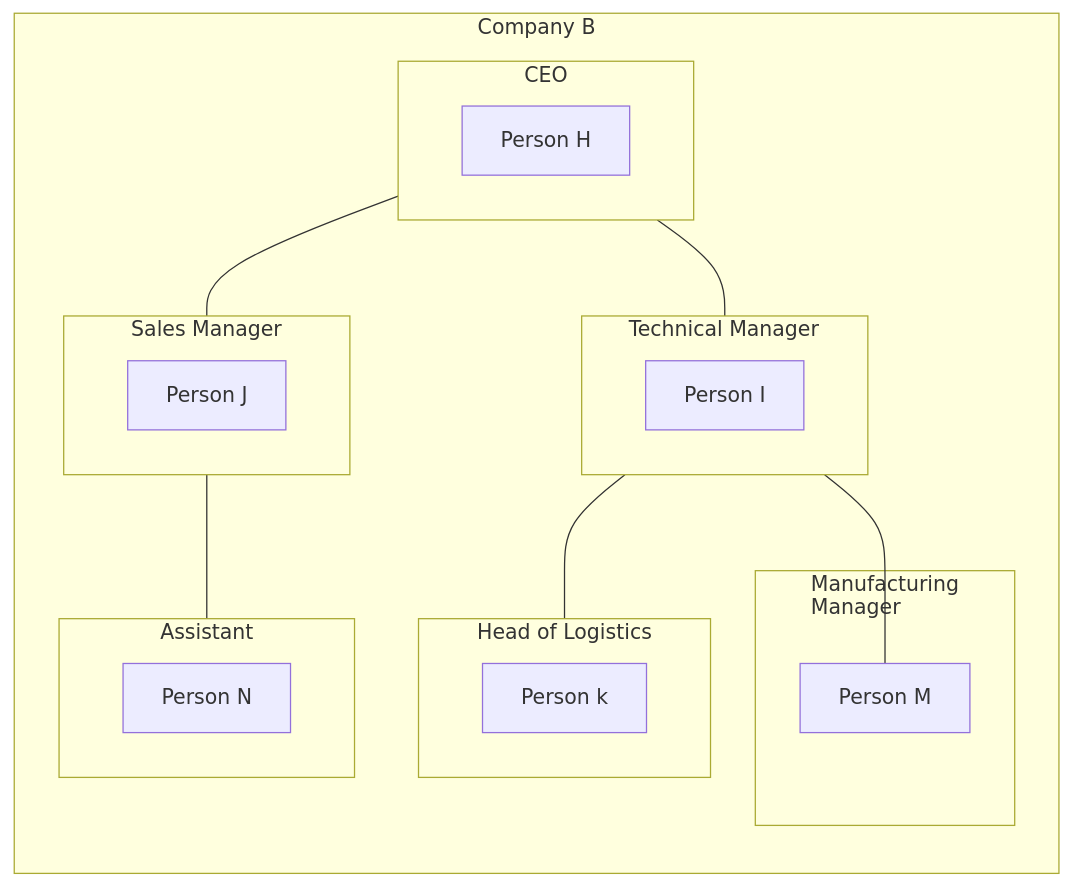
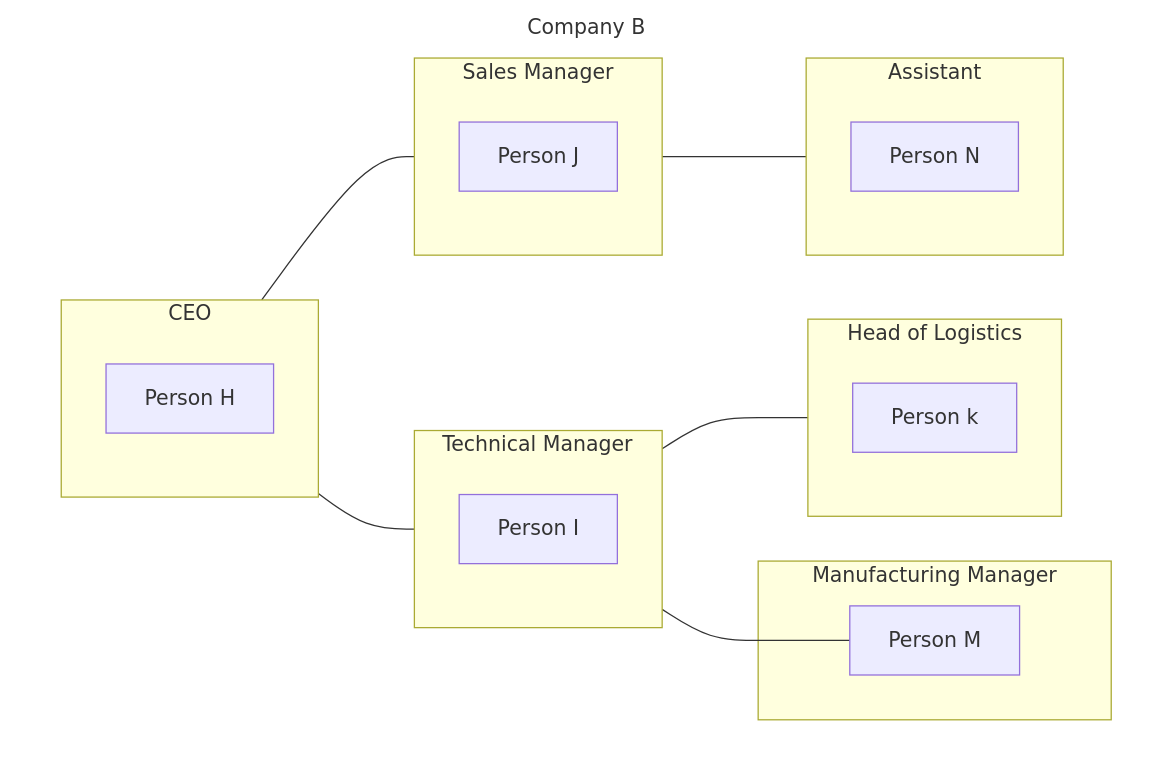
Before and after one commit to xeylou/testade.xeylou.fr: the eighth of 9 diagrams in content/posts/itop-walkthrough/index.md, drawn with Mermaid. The commit also changed other lines of this file and 1 other file, not shown here.

Commit message:
good graphs

```diff
--- a/content/posts/itop-walkthrough/index.md
+++ b/content/posts/itop-walkthrough/index.md
@@ -297,30 +301,30 @@
 {{< mermaid >}}
 %%{init: {"flowchart": {"htmlLabels": false}} }%%
-flowchart LR
-subgraph "Company B"
+flowchart TD
+subgraph z[Company B]
 subgraph a[CEO]
 b[Person H]
 end
 subgraph c[Technical Manager]
 d[Person I]
 end
 subgraph e[Sales Manager]
 f[Person J]
 end
 subgraph g[Head of Logistics]
 h[Person k]
 end
-subgraph i["`Manufacturing 
-Manager`"]
+subgraph i[Manufacturing Manager]
 j[Person M]
 end
 subgraph k[Assistant]
 m[Person N]
 end
 end
 a---c
 a---e
 c---g
 c---j
 e---k
+style z fill:#fff,stroke:#fff,stroke-width:4px
 {{< /mermaid >}}
```
